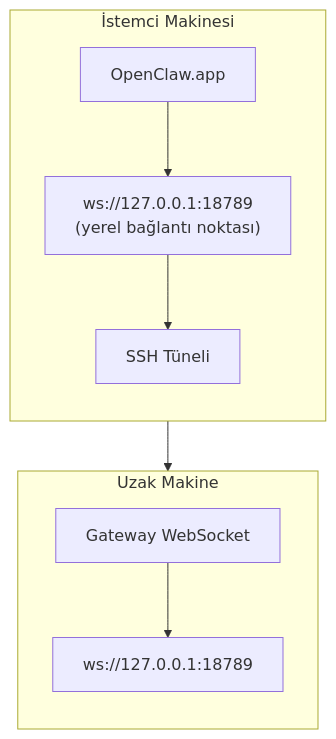
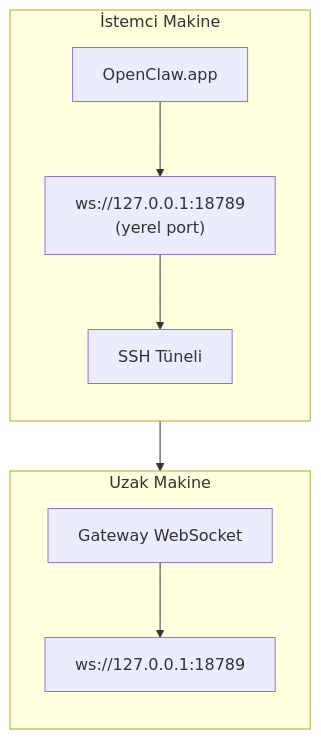
Before and after one commit to openclaw/docs: the diagram in docs/tr/gateway/remote-gateway-readme.md, drawn with Mermaid. The commit also changed other lines of this file and 440 other files, not shown here.

````diff
--- a/docs/tr/gateway/remote-gateway-readme.md
+++ b/docs/tr/gateway/remote-gateway-readme.md
@@ -22,20 +22,20 @@
 ```mermaid
 flowchart TB
-    subgraph Client["İstemci Makinesi"]
+    subgraph Client["İstemci Makine"]
         direction TB
         A["OpenClaw.app"]
-        B["ws://127.0.0.1:18789\n(yerel bağlantı noktası)"]
+        B["ws://127.0.0.1:18789\n(yerel port)"]
         T["SSH Tüneli"]
 
         A --> B
         B --> T
     end
     subgraph Remote["Uzak Makine"]
         direction TB
         C["Gateway WebSocket"]
         D["ws://127.0.0.1:18789"]
 
         C --> D
     end
     T --> C
 ```
````
